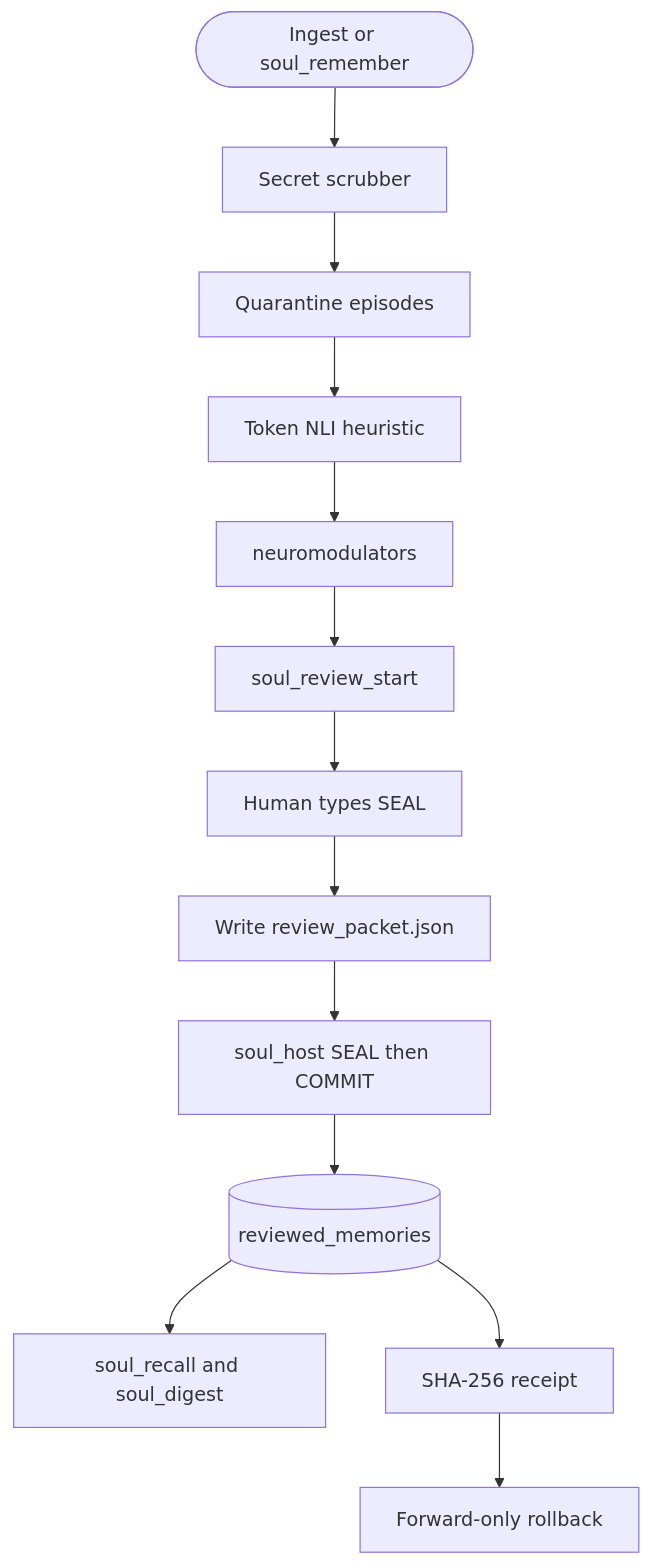
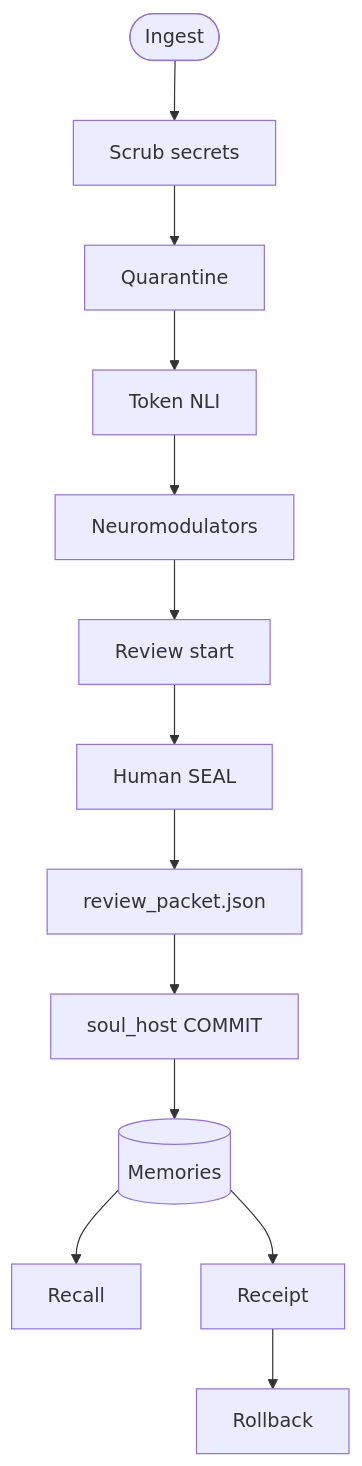
The diagram in README.md (Azhonaras/soul-engine), drawn with Mermaid before and after one commit. The commit also changed 4 other files, not shown here.

First line of the commit message:
docs: stop Mermaid labels from overlapping on GitHub.

````diff
--- a/README.md
+++ b/README.md
@@ -157,15 +157,15 @@
 ```mermaid
 flowchart TD
-    ingest(["Ingest or soul_remember"]) --> scrub["Secret scrubber"]
-    scrub --> quarantine["Quarantine episodes"]
-    quarantine --> nli["Token NLI heuristic"]
-    nli --> neuromod["neuromodulators"]
-    neuromod --> startReview["soul_review_start"]
-    startReview --> interview["Human types SEAL"]
-    interview --> packet["Write review_packet.json"]
-    packet --> sealHost["soul_host SEAL then COMMIT"]
-    sealHost --> reviewed[("reviewed_memories")]
-    reviewed --> recall["soul_recall and soul_digest"]
-    reviewed --> receipt["SHA-256 receipt"]
-    receipt --> rollback["Forward-only rollback"]
+    ingest(["Ingest"]) --> scrub["Scrub secrets"]
+    scrub --> quarantine["Quarantine"]
+    quarantine --> nli["Token NLI"]
+    nli --> neuromod["Neuromodulators"]
+    neuromod --> startReview["Review start"]
+    startReview --> interview["Human SEAL"]
+    interview --> packet["review_packet.json"]
+    packet --> sealHost["soul_host COMMIT"]
+    sealHost --> reviewed[("Memories")]
+    reviewed --> recall["Recall"]
+    reviewed --> receipt["Receipt"]
+    receipt --> rollback["Rollback"]
 ```
````
